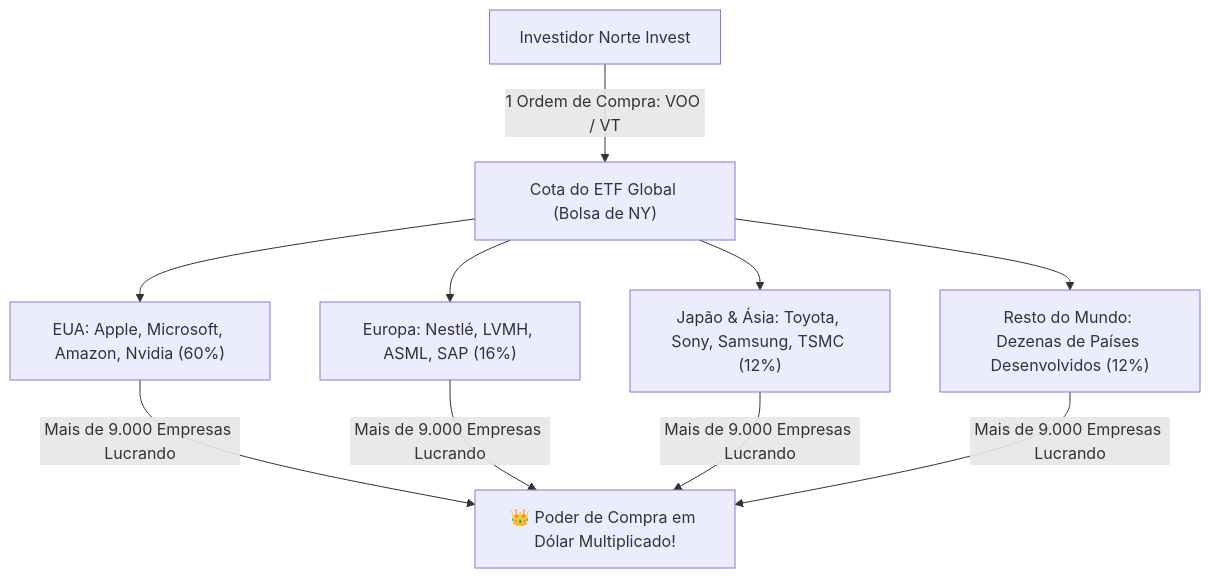
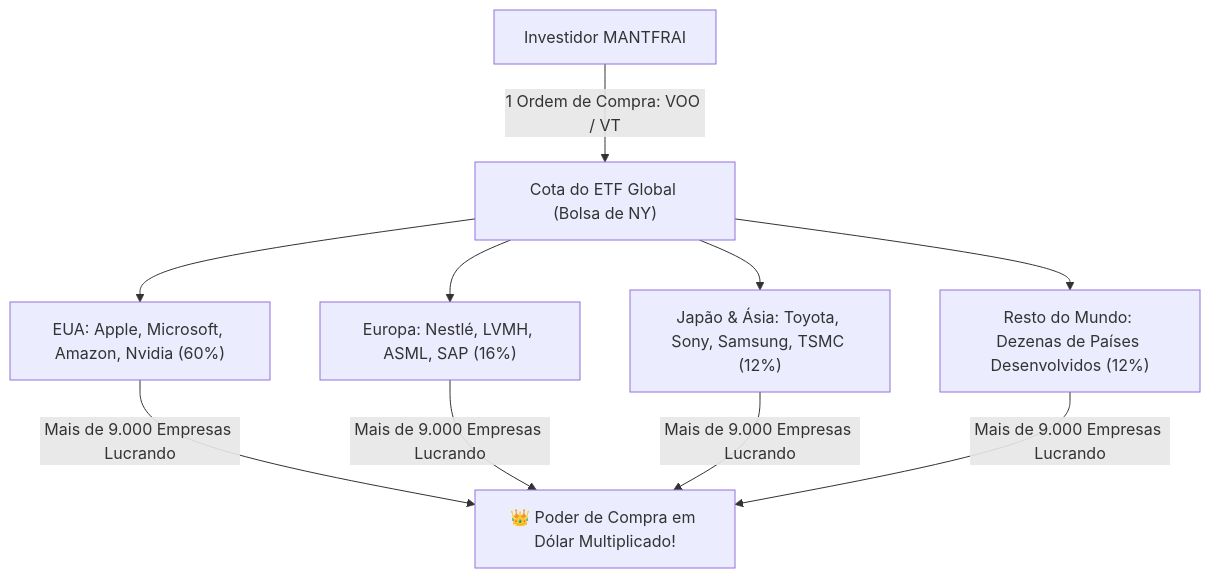
One commit to Rickss100/Davi-Hidra changed the diagram in src/data/academy/lessons/modulo-6/aula-6-2.md. Above: the diagram before and after it, drawn with Mermaid. The commit also changed other lines of this file and 43 other files, not shown here.

````diff
--- a/src/data/academy/lessons/modulo-6/aula-6-2.md
+++ b/src/data/academy/lessons/modulo-6/aula-6-2.md
@@ -71,11 +71,11 @@
 ```mermaid
 flowchart TD
-    Investidor["Investidor Norte Invest"] -->|1 Ordem de Compra: VOO / VT| ETF["Cota do ETF Global (Bolsa de NY)"]
+    Investidor["Investidor MANTFRAI"] -->|1 Ordem de Compra: VOO / VT| ETF["Cota do ETF Global (Bolsa de NY)"]
     
     ETF --> C1["EUA: Apple, Microsoft, Amazon, Nvidia (60%)"]
     ETF --> C2["Europa: Nestlé, LVMH, ASML, SAP (16%)"]
     ETF --> C3["Japão & Ásia: Toyota, Sony, Samsung, TSMC (12%)"]
     ETF --> C4["Resto do Mundo: Dezenas de Países Desenvolvidos (12%)"]
     
     C1 & C2 & C3 & C4 -->|Mais de 9.000 Empresas Lucrando| Renda["👑 Poder de Compra em Dólar Multiplicado!"]
 ```
````
